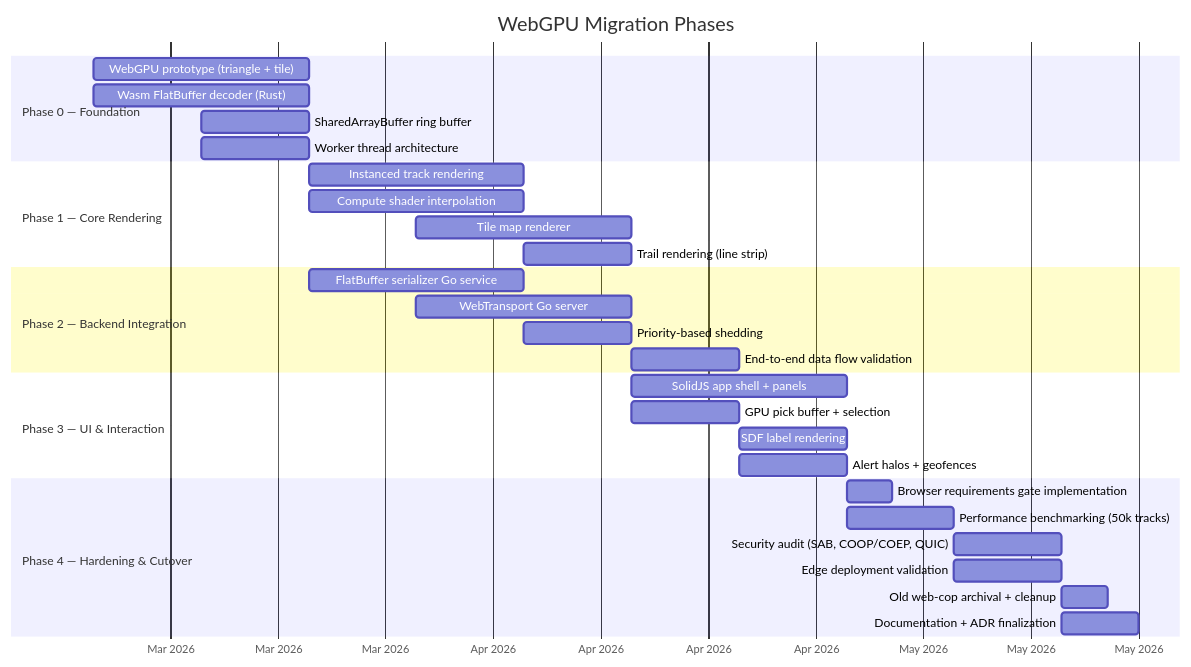
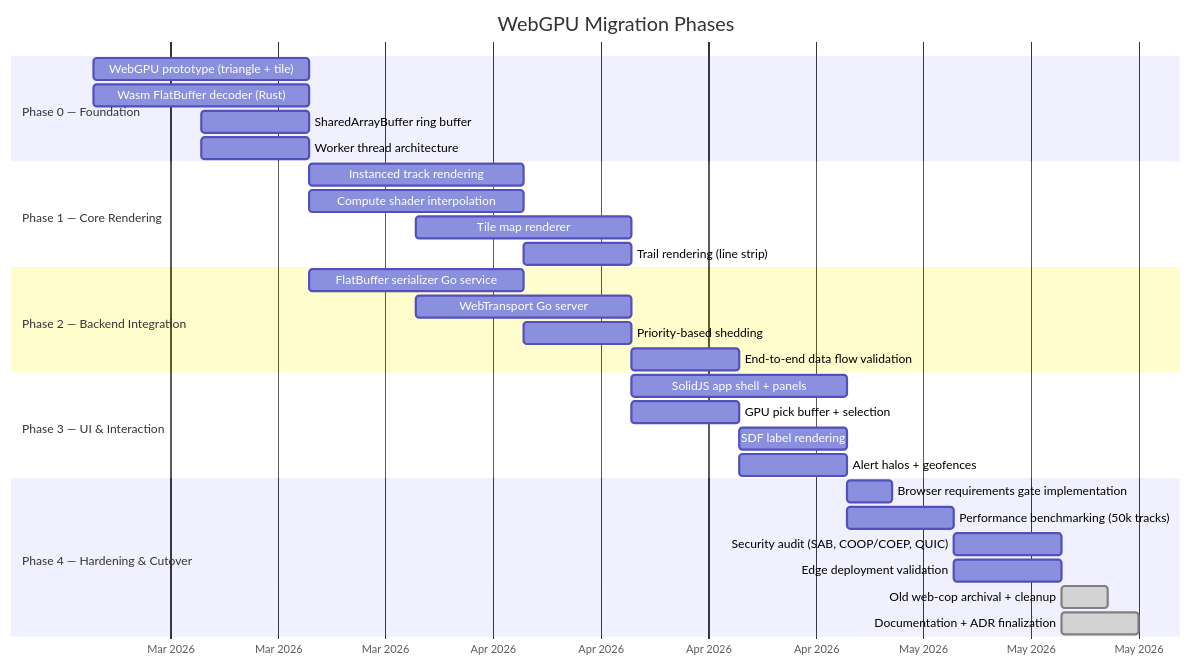
Before and after one commit to arvinddhasmana/rtsa_webgpu: diagram 11 of 11 in docs/architecture/v1/RTSA_WebGPU_Architecture_v1.md, drawn with Mermaid. The commit also changed other lines of this file and 175 other files, not shown here.

````diff
--- a/docs/architecture/v1/RTSA_WebGPU_Architecture_v1.md
+++ b/docs/architecture/v1/RTSA_WebGPU_Architecture_v1.md
@@ -1074,38 +1074,38 @@
 ```mermaid
 gantt
     title WebGPU Migration Phases
     dateFormat YYYY-MM-DD
     axisFormat %b %Y
 
     section Phase 0 — Foundation
     WebGPU prototype (triangle + tile)        :p0a, 2026-03-10, 14d
     Wasm FlatBuffer decoder (Rust)            :p0b, 2026-03-10, 14d
     SharedArrayBuffer ring buffer             :p0c, 2026-03-17, 7d
     Worker thread architecture                :p0d, 2026-03-17, 7d
 
     section Phase 1 — Core Rendering
     Instanced track rendering                 :p1a, 2026-03-24, 14d
     Compute shader interpolation              :p1b, 2026-03-24, 14d
     Tile map renderer                         :p1c, 2026-03-31, 14d
     Trail rendering (line strip)              :p1d, 2026-04-07, 7d
 
     section Phase 2 — Backend Integration
     FlatBuffer serializer Go service          :p2a, 2026-03-24, 14d
     WebTransport Go server                    :p2b, 2026-03-31, 14d
     Priority-based shedding                   :p2c, 2026-04-07, 7d
     End-to-end data flow validation           :p2d, 2026-04-14, 7d
 
     section Phase 3 — UI & Interaction
     SolidJS app shell + panels                :p3a, 2026-04-14, 14d
     GPU pick buffer + selection               :p3b, 2026-04-14, 7d
     SDF label rendering                       :p3c, 2026-04-21, 7d
     Alert halos + geofences                   :p3d, 2026-04-21, 7d
 
     section Phase 4 — Hardening & Cutover
     Browser requirements gate implementation  :p4a, 2026-04-28, 3d
     Performance benchmarking (50k tracks)     :p4b, 2026-04-28, 7d
     Security audit (SAB, COOP/COEP, QUIC)     :p4c, 2026-05-05, 7d
     Edge deployment validation                :p4d, 2026-05-05, 7d
-    Old web-cop archival + cleanup            :p4e, 2026-05-12, 3d
-    Documentation + ADR finalization          :p4f, 2026-05-12, 5d
+    Old web-cop archival + cleanup            :done, p4e, 2026-05-12, 3d
+    Documentation + ADR finalization          :done, p4f, 2026-05-12, 5d
 ```
````
